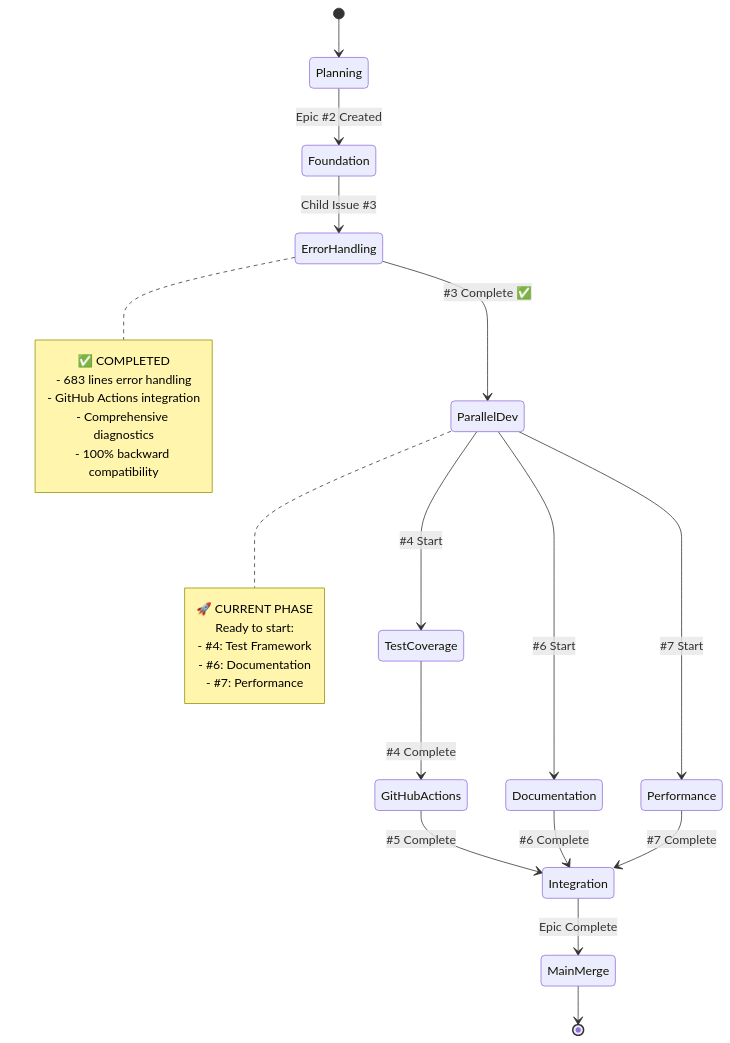
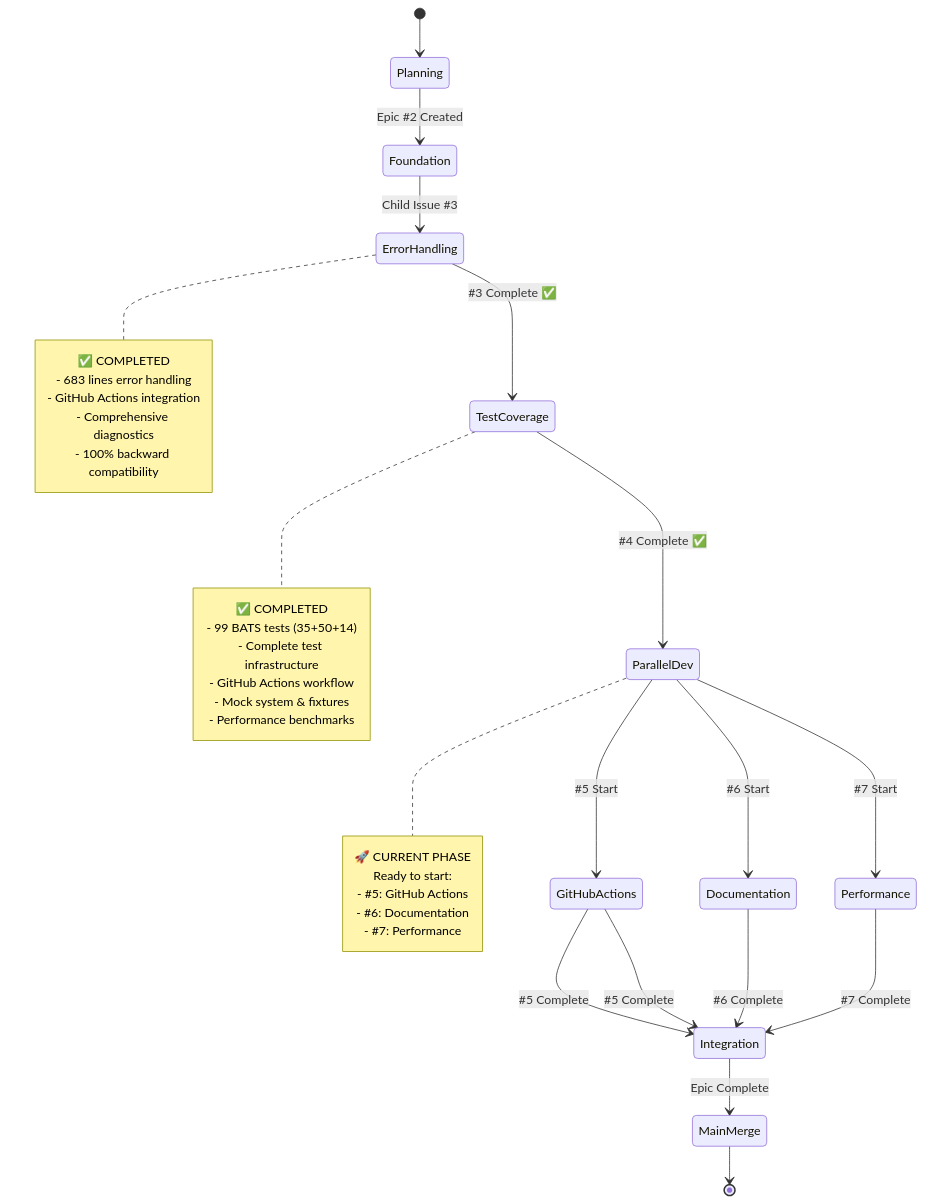
The third of 5 diagrams in docs/epic-progress-visual.md (info-tech-io/hugo-templates), drawn with Mermaid before and after one commit. The commit also changed other lines of this file and 4 other files, not shown here.

First line of the commit message:
Child Issue #5: GitHub Actions Optimization - Performance & Maintainability Boost (#10)

````diff
--- a/docs/epic-progress-visual.md
+++ b/docs/epic-progress-visual.md
@@ -91,32 +91,42 @@
 ```mermaid
 stateDiagram-v2
     [*] --> Planning
     Planning --> Foundation: Epic #2 Created
     Foundation --> ErrorHandling: Child Issue #3
-    ErrorHandling --> ParallelDev: #3 Complete ✅
-    ParallelDev --> TestCoverage: #4 Start
+    ErrorHandling --> TestCoverage: #3 Complete ✅
+    TestCoverage --> ParallelDev: #4 Complete ✅
+    ParallelDev --> GitHubActions: #5 Start
     ParallelDev --> Documentation: #6 Start
     ParallelDev --> Performance: #7 Start
-    TestCoverage --> GitHubActions: #4 Complete
+    GitHubActions --> Integration: #5 Complete
     GitHubActions --> Integration: #5 Complete
     Documentation --> Integration: #6 Complete
     Performance --> Integration: #7 Complete
     Integration --> MainMerge: Epic Complete
     MainMerge --> [*]
 
     note right of ErrorHandling
         ✅ COMPLETED
         - 683 lines error handling
         - GitHub Actions integration
         - Comprehensive diagnostics
         - 100% backward compatibility
     end note
 
+    note right of TestCoverage
+        ✅ COMPLETED
+        - 99 BATS tests (35+50+14)
+        - Complete test infrastructure
+        - GitHub Actions workflow
+        - Mock system & fixtures
+        - Performance benchmarks
+    end note
+
     note right of ParallelDev
         🚀 CURRENT PHASE
         Ready to start:
-        - #4: Test Framework
+        - #5: GitHub Actions
         - #6: Documentation
         - #7: Performance
     end note
 ```
````
